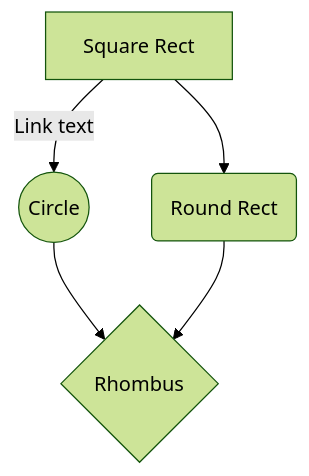
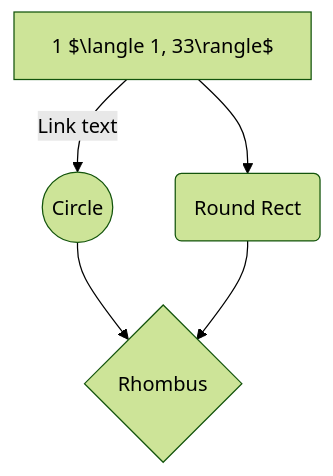
The diagram in clanek.md (chazzka/clanekforest), drawn with Mermaid (forest theme) before and after one commit. The commit also changed other lines of this file, not shown here.

````diff
--- a/clanek.md
+++ b/clanek.md
@@ -243,7 +243,7 @@
 ```mermaid
 graph TB
-A[Square Rect] -- Link text --> B((Circle))
+A[1 $\langle 1, 33\rangle$ ] -- Link text --> B((Circle))
 A --> C(Round Rect)
 B --> D{Rhombus}
 C --> D
 ```
````
